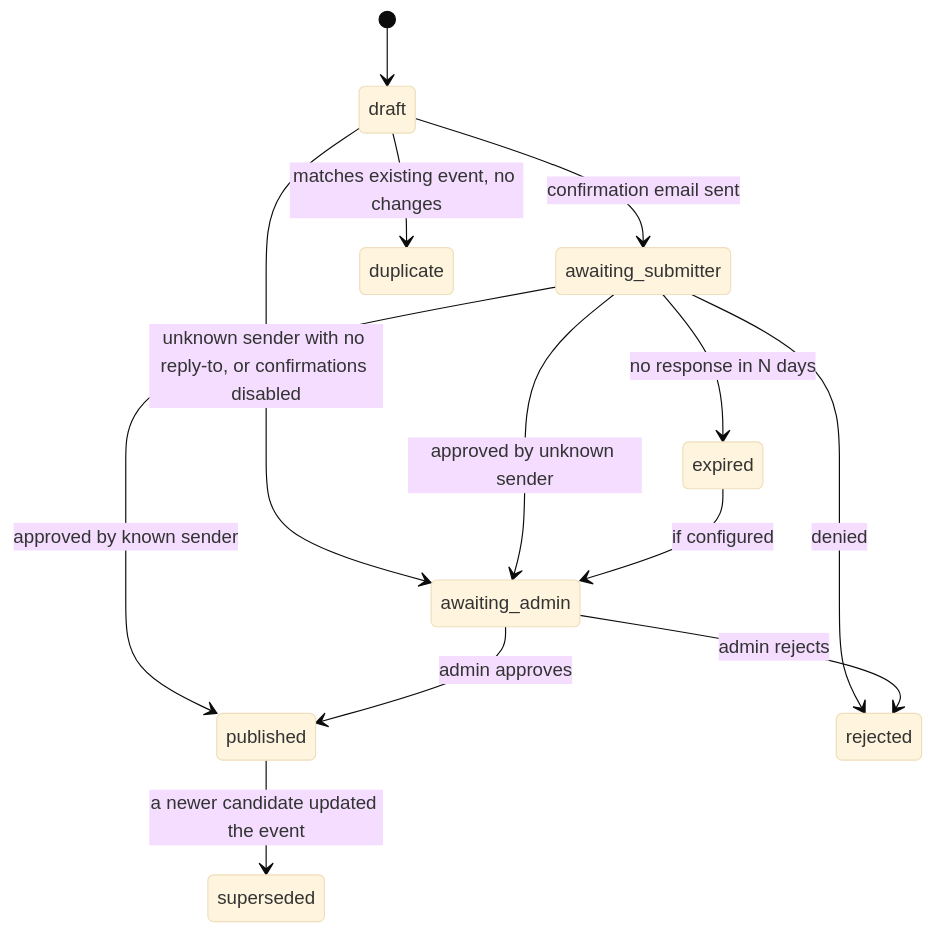
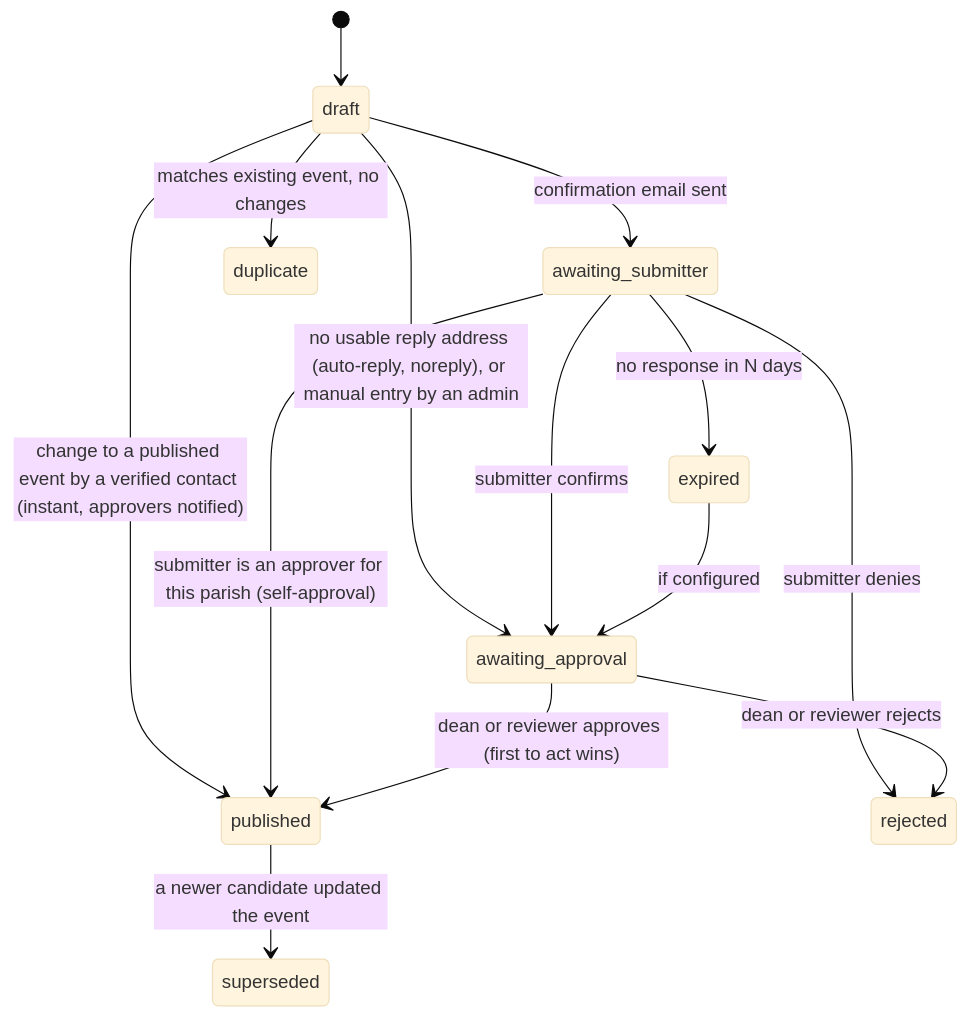
One commit to Archdiocese-of-Cape-Town/adct.org.za changed the third of 3 diagrams in docs/data-model.md. Above: the diagram before and after it, drawn with Mermaid (base theme). The commit also changed other lines of this file and 11 other files, not shown here.

First line of the commit message:
docs: approval by dean or reviewer, preview environments, MySQL wording

````diff
--- a/docs/data-model.md
+++ b/docs/data-model.md
@@ -141,15 +171,16 @@
 ```mermaid
 stateDiagram-v2
     [*] --> draft
     draft --> awaiting_submitter: confirmation email sent
-    draft --> awaiting_admin: unknown sender with no reply-to, or confirmations disabled
-    awaiting_submitter --> published: approved by known sender
-    awaiting_submitter --> awaiting_admin: approved by unknown sender
-    awaiting_submitter --> rejected: denied
+    draft --> awaiting_approval: no usable reply address (auto-reply, noreply), or manual entry by an admin
+    draft --> published: change to a published event by a verified contact (instant, approvers notified)
+    awaiting_submitter --> awaiting_approval: submitter confirms
+    awaiting_submitter --> published: submitter is an approver for this parish (self-approval)
+    awaiting_submitter --> rejected: submitter denies
     awaiting_submitter --> expired: no response in N days
-    expired --> awaiting_admin: if configured
-    awaiting_admin --> published: admin approves
-    awaiting_admin --> rejected: admin rejects
+    expired --> awaiting_approval: if configured
+    awaiting_approval --> published: dean or reviewer approves (first to act wins)
+    awaiting_approval --> rejected: dean or reviewer rejects
     draft --> duplicate: matches existing event, no changes
     published --> superseded: a newer candidate updated the event
 ```
````
